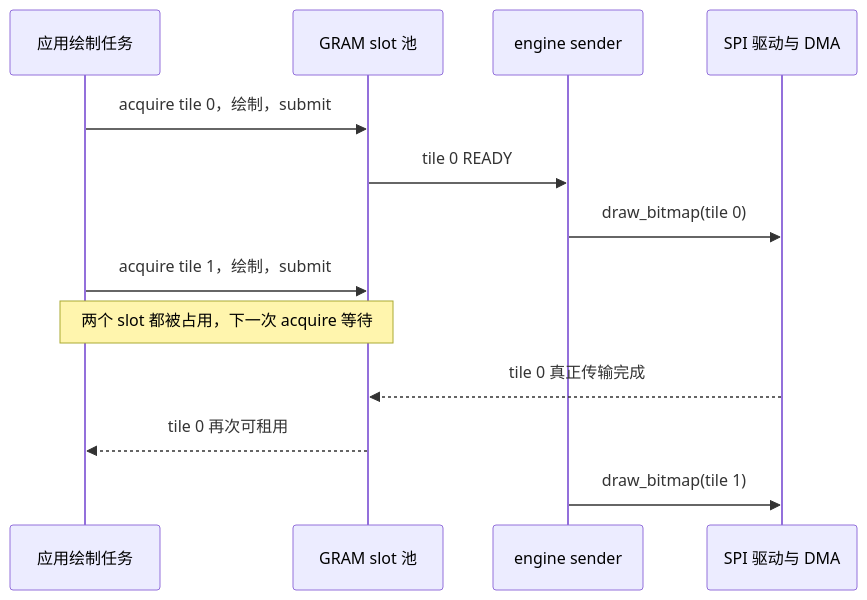
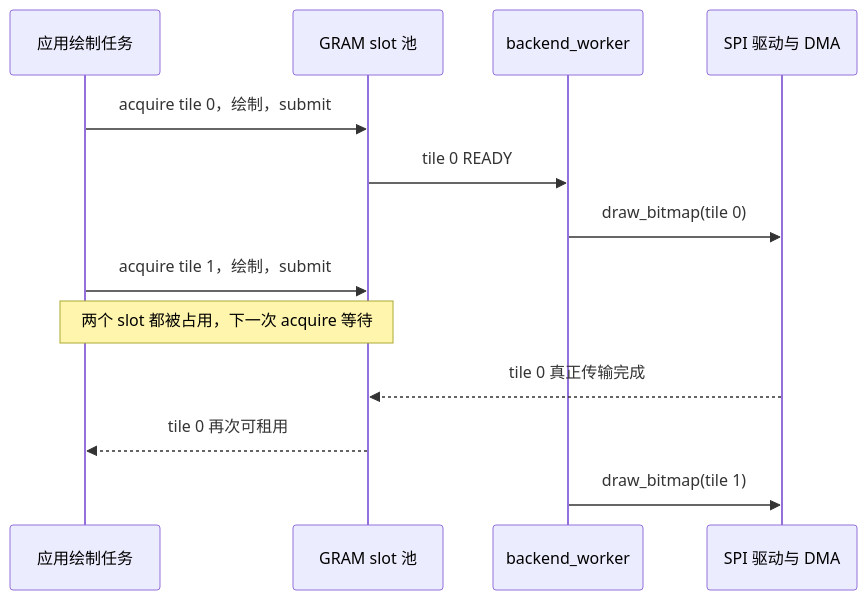
The seventh of 7 diagrams in components/display/tools/esp_display_present/docs/MODE_BUFFER_TASK_REVIEW.md (espressif2022/esp-iot-solution), drawn with Mermaid before and after one commit. The commit also changed other lines of this file and 65 other files, not shown here.

````diff
--- a/components/display/tools/esp_display_present/docs/MODE_BUFFER_TASK_REVIEW.md
+++ b/components/display/tools/esp_display_present/docs/MODE_BUFFER_TASK_REVIEW.md
@@ -342,15 +342,15 @@
 ```mermaid
 sequenceDiagram
     participant A as 应用绘制任务
     participant P as GRAM slot 池
-    participant E as engine sender
+    participant E as backend_worker
     participant D as SPI 驱动与 DMA
     A->>P: acquire tile 0，绘制，submit
     P->>E: tile 0 READY
     E->>D: draw_bitmap(tile 0)
     A->>P: acquire tile 1，绘制，submit
     Note over A,P: 两个 slot 都被占用，下一次 acquire 等待
     D-->>P: tile 0 真正传输完成
     P-->>A: tile 0 再次可租用
     E->>D: draw_bitmap(tile 1)
 ```
````
